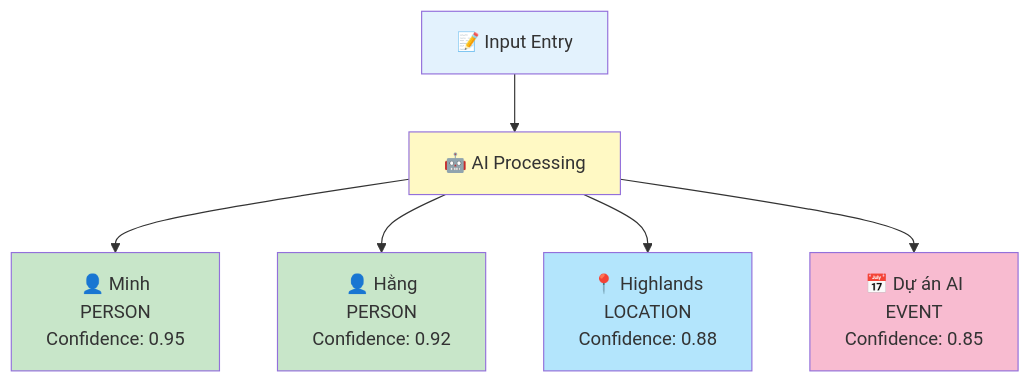
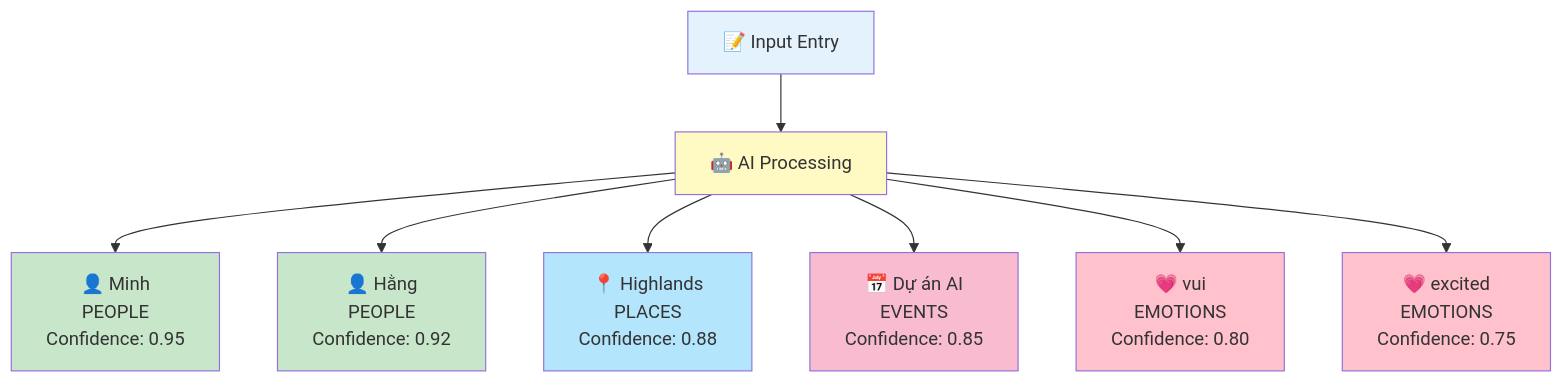
One commit to phuc-nt/kioku-ios changed the third of 13 diagrams in docs/99_lesson/PRESENTATION_SLIDES.md. Above: the diagram before and after it, drawn with Mermaid. The commit also changed other lines of this file, not shown here.

````diff
--- a/docs/99_lesson/PRESENTATION_SLIDES.md
+++ b/docs/99_lesson/PRESENTATION_SLIDES.md
@@ -94,15 +94,19 @@
 ```mermaid
 graph TD
     A[📝 Input Entry] --> B[🤖 AI Processing]
-    B --> C1[👤 Minh<br/>PERSON<br/>Confidence: 0.95]
-    B --> C2[👤 Hằng<br/>PERSON<br/>Confidence: 0.92]
-    B --> C3[📍 Highlands<br/>LOCATION<br/>Confidence: 0.88]
-    B --> C4[📅 Dự án AI<br/>EVENT<br/>Confidence: 0.85]
+    B --> C1[👤 Minh<br/>PEOPLE<br/>Confidence: 0.95]
+    B --> C2[👤 Hằng<br/>PEOPLE<br/>Confidence: 0.92]
+    B --> C3[📍 Highlands<br/>PLACES<br/>Confidence: 0.88]
+    B --> C4[📅 Dự án AI<br/>EVENTS<br/>Confidence: 0.85]
+    B --> C5[💗 vui<br/>EMOTIONS<br/>Confidence: 0.80]
+    B --> C6[💗 excited<br/>EMOTIONS<br/>Confidence: 0.75]
 
     style A fill:#e3f2fd
     style B fill:#fff9c4
     style C1 fill:#c8e6c9
     style C2 fill:#c8e6c9
     style C3 fill:#b3e5fc
     style C4 fill:#f8bbd0
+    style C5 fill:#ffc1cc
+    style C6 fill:#ffc1cc
 ```
````
